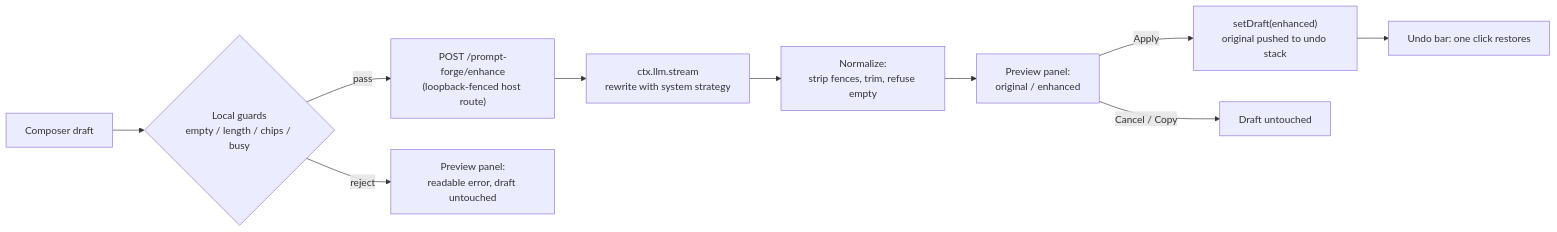
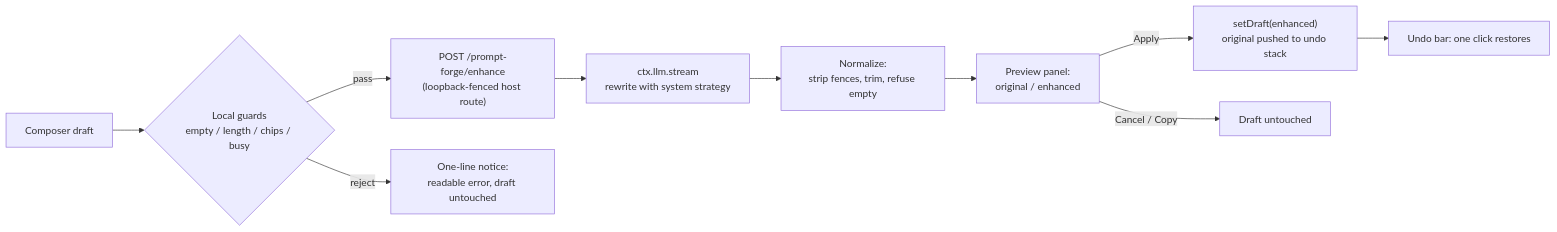
One commit to yuanxing109/dsh-prompt-forge changed the diagram in README.md. Above: the diagram before and after it, drawn with Mermaid. The commit also changed other lines of this file and 8 other files, not shown here.

````diff
--- a/README.md
+++ b/README.md
@@ -36,12 +36,12 @@
 ```mermaid
 flowchart LR
     A[Composer draft] --> B{Local guards<br/>empty / length / chips / busy}
     B -- pass --> C["POST /prompt-forge/enhance<br/>(loopback-fenced host route)"]
-    B -- reject --> P[Preview panel:<br/>readable error, draft untouched]
+    B -- reject --> P[One-line notice:<br/>readable error, draft untouched]
     C --> D["ctx.llm.stream<br/>rewrite with system strategy"]
     D --> E[Normalize:<br/>strip fences, trim, refuse empty]
     E --> F[Preview panel:<br/>original / enhanced]
     F -- Apply --> G["setDraft(enhanced)<br/>original pushed to undo stack"]
     F -- Cancel / Copy --> H[Draft untouched]
     G --> U[Undo bar: one click restores]
 ```
````
